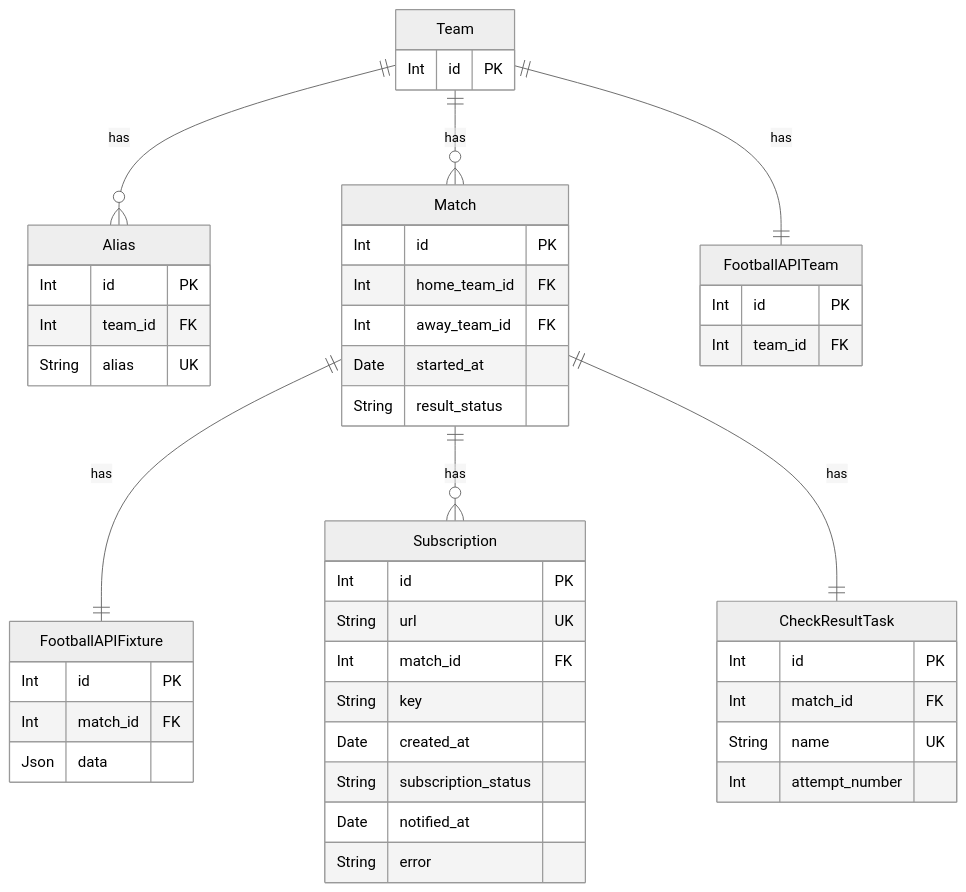
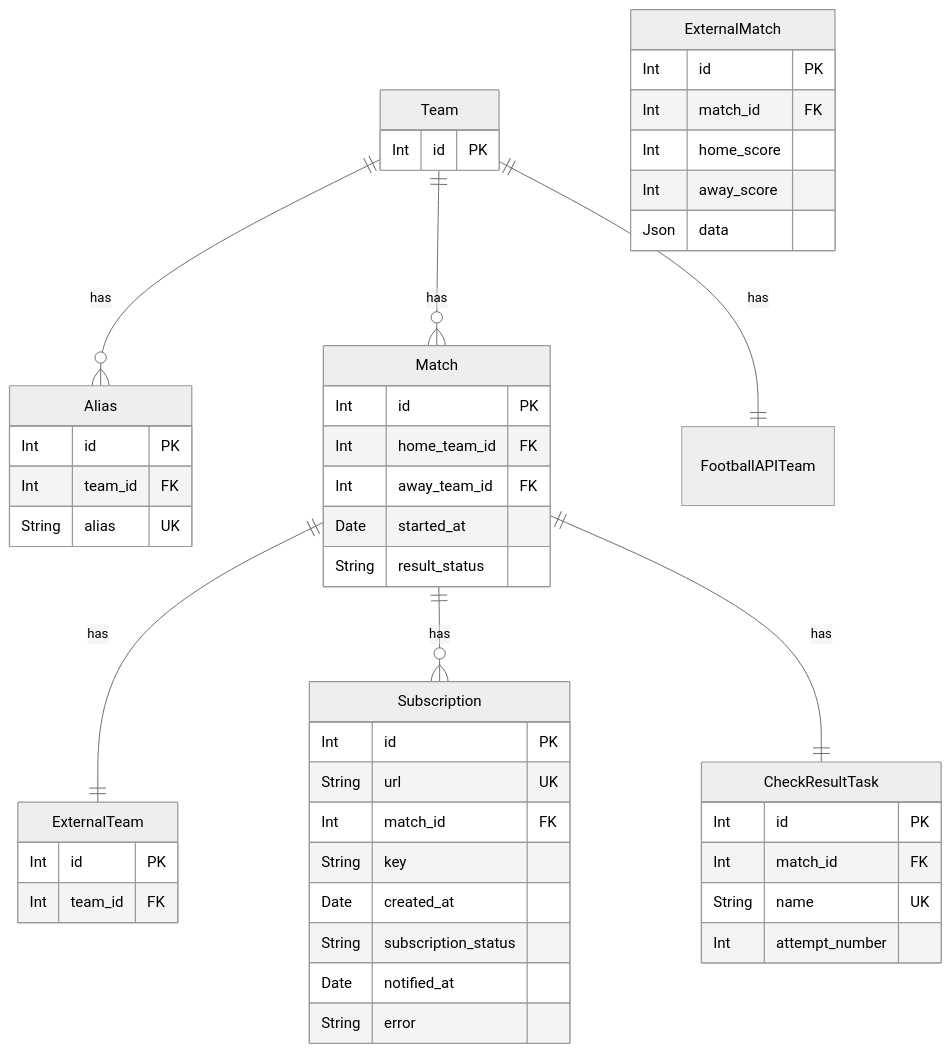
One commit to andrewshostak/result-service changed the first of 7 diagrams in README.md. Above: the diagram before and after it, drawn with Mermaid (neutral theme). The commit also changed other lines of this file and 13 other files, not shown here.

````diff
--- a/README.md
+++ b/README.md
@@ -25,56 +25,58 @@
 ```mermaid
 erDiagram
     Team {
         Int id PK
     }
     
     Alias {
         Int id PK
         Int team_id FK
         String alias UK 
     }
     
     Match {
         Int id PK
         Int home_team_id FK
         Int away_team_id FK
         Date started_at
         String result_status
     }
     
-    FootballAPIFixture {
+    ExternalMatch {
         Int id PK
         Int match_id FK
+        Int home_score
+        Int away_score
         Json data
     }
     
     Subscription {
         Int id PK
         String url UK
         Int match_id FK
         String key
         Date created_at
         String subscription_status
         Date notified_at
         String error
     }
     
-    FootballAPITeam {
+    ExternalTeam {
         Int id PK
         Int team_id FK
     }
     
     CheckResultTask {
         Int id PK
         Int match_id FK
         String name UK
         Int attempt_number
     }
     
     Team ||--o{ Alias : has 
     Team ||--o{ Match : has
-    Match ||--|| FootballAPIFixture : has
+    Match ||--|| ExternalTeam : has
     Match ||--o{ Subscription : has
     Team ||--|| FootballAPITeam : has
     Match ||--|| CheckResultTask : has
 ```
````
